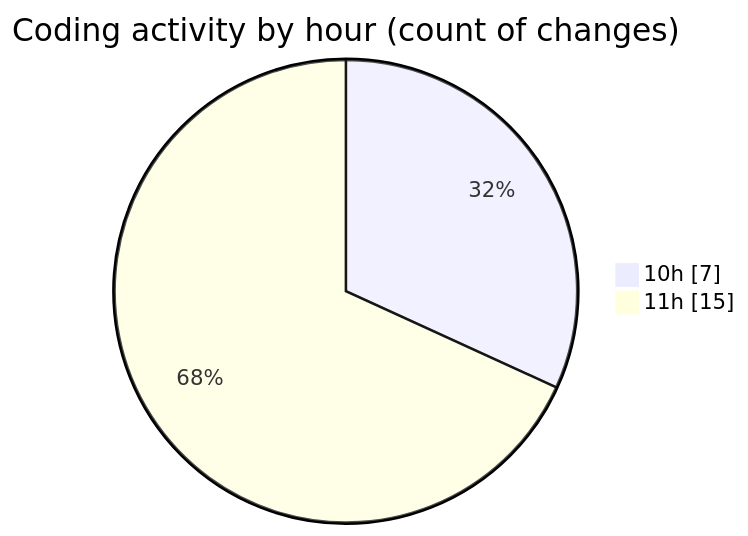
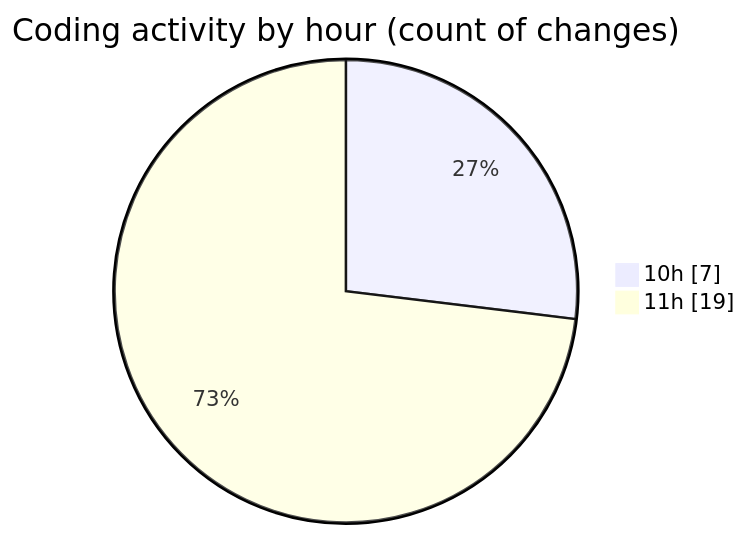
The second of 2 diagrams in 2026-04-03/nxtqube_webapp/README.md (nxtqubesakshisongat/code-tracking), drawn with Mermaid before and after one commit. The commit also changed other lines of this file and 1 other file, not shown here.

````diff
--- a/2026-04-03/nxtqube_webapp/README.md
+++ b/2026-04-03/nxtqube_webapp/README.md
@@ -31,6 +31,6 @@
 ```mermaid
 pie showData
 title Coding activity by hour (count of changes)
 "10h" : 7
-"11h" : 15
+"11h" : 19
 ```
````
